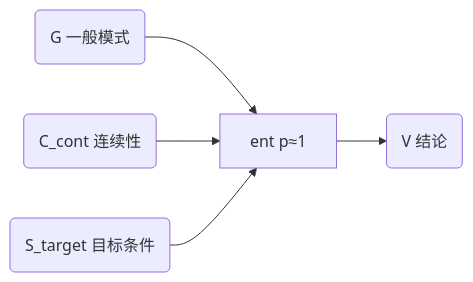
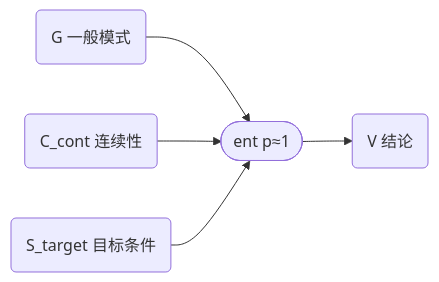
Before and after one commit to SiliconEinstein/Gaia: the third of 10 diagrams in docs/foundations/theory/science-formalization.md, drawn with Mermaid. The commit also changed other lines of this file, not shown here.

First line of the commit message:
docs: unify Mermaid shape conventions — stadium factors, hexagon bindings

````diff
--- a/docs/foundations/theory/science-formalization.md
+++ b/docs/foundations/theory/science-formalization.md
@@ -105,7 +105,7 @@
 ```mermaid
 graph LR
-    G("G 一般模式") --> f["ent p≈1"]
+    G("G 一般模式") --> f(["ent p≈1"])
     Ccont("C_cont 连续性") --> f
     St("S_target 目标条件") --> f
     f --> V("V 结论")
 ```
````
